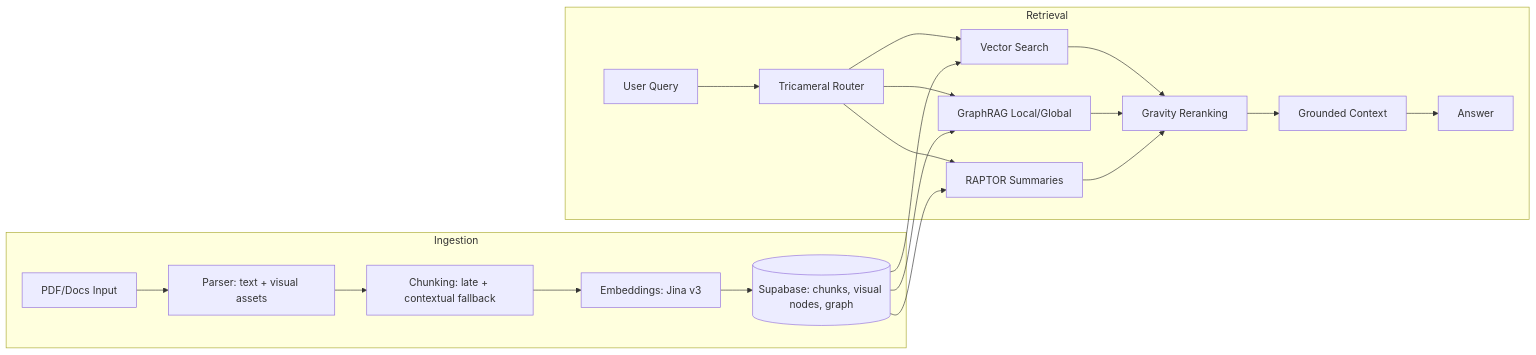
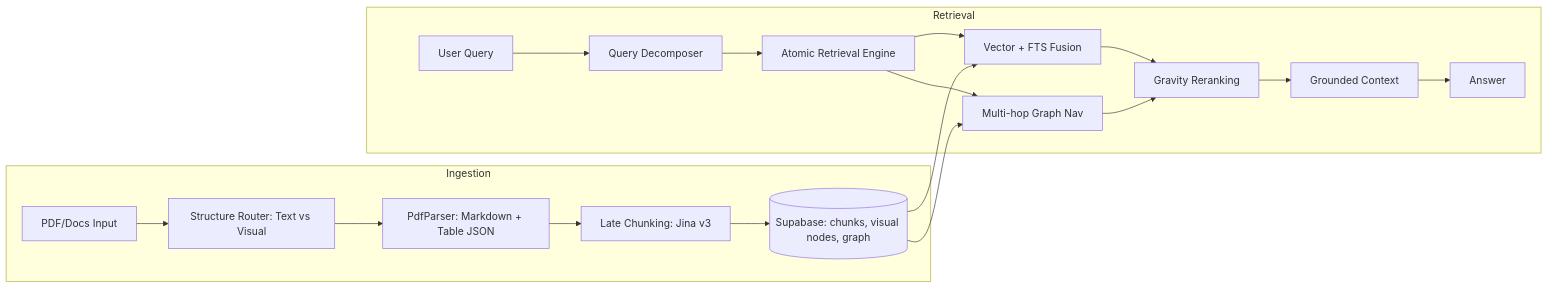
Before and after one commit to mcalza96/CIRE-RAG: the first of 3 diagrams in rag-ingestion/docs/one-page-architecture.md, drawn with Mermaid. The commit also changed other lines of this file and 25 other files, not shown here.

Commit message:
docs: update architecture diagrams and flows to reflect atomic engine and bootstrap fix

````diff
--- a/rag-ingestion/docs/one-page-architecture.md
+++ b/rag-ingestion/docs/one-page-architecture.md
@@ -7,25 +7,23 @@
 ```mermaid
 flowchart LR
     subgraph Ingestion
-      A[PDF/Docs Input] --> B[Parser: text + visual assets]
-      B --> C[Chunking: late + contextual fallback]
-      C --> D[Embeddings: Jina v3]
+      A[PDF/Docs Input] --> B[Structure Router: Text vs Visual]
+      B --> C[PdfParser: Markdown + Table JSON]
+      C --> D[Late Chunking: Jina v3]
       D --> E[(Supabase: chunks, visual nodes, graph)]
     end
 
     subgraph Retrieval
-      Q[User Query] --> R[Tricameral Router]
-      R --> V[Vector Search]
-      R --> G[GraphRAG Local/Global]
-      R --> H[RAPTOR Summaries]
+      Q[User Query] --> QP[Query Decomposer]
+      QP --> AE[Atomic Retrieval Engine]
+      AE --> V[Vector + FTS Fusion]
+      AE --> G[Multi-hop Graph Nav]
       V --> X[Gravity Reranking]
       G --> X
-      H --> X
       X --> Y[Grounded Context]
       Y --> Z[Answer]
     end
 
     E --> V
     E --> G
-    E --> H
 ```
````
